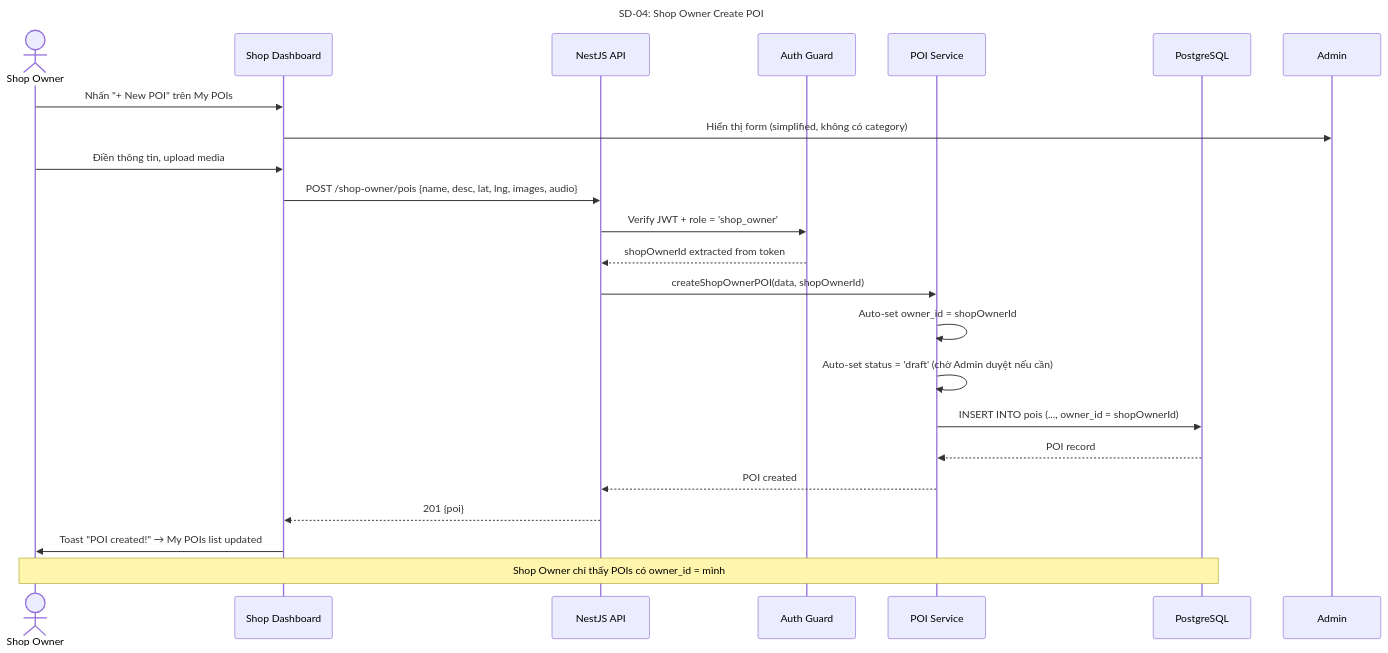
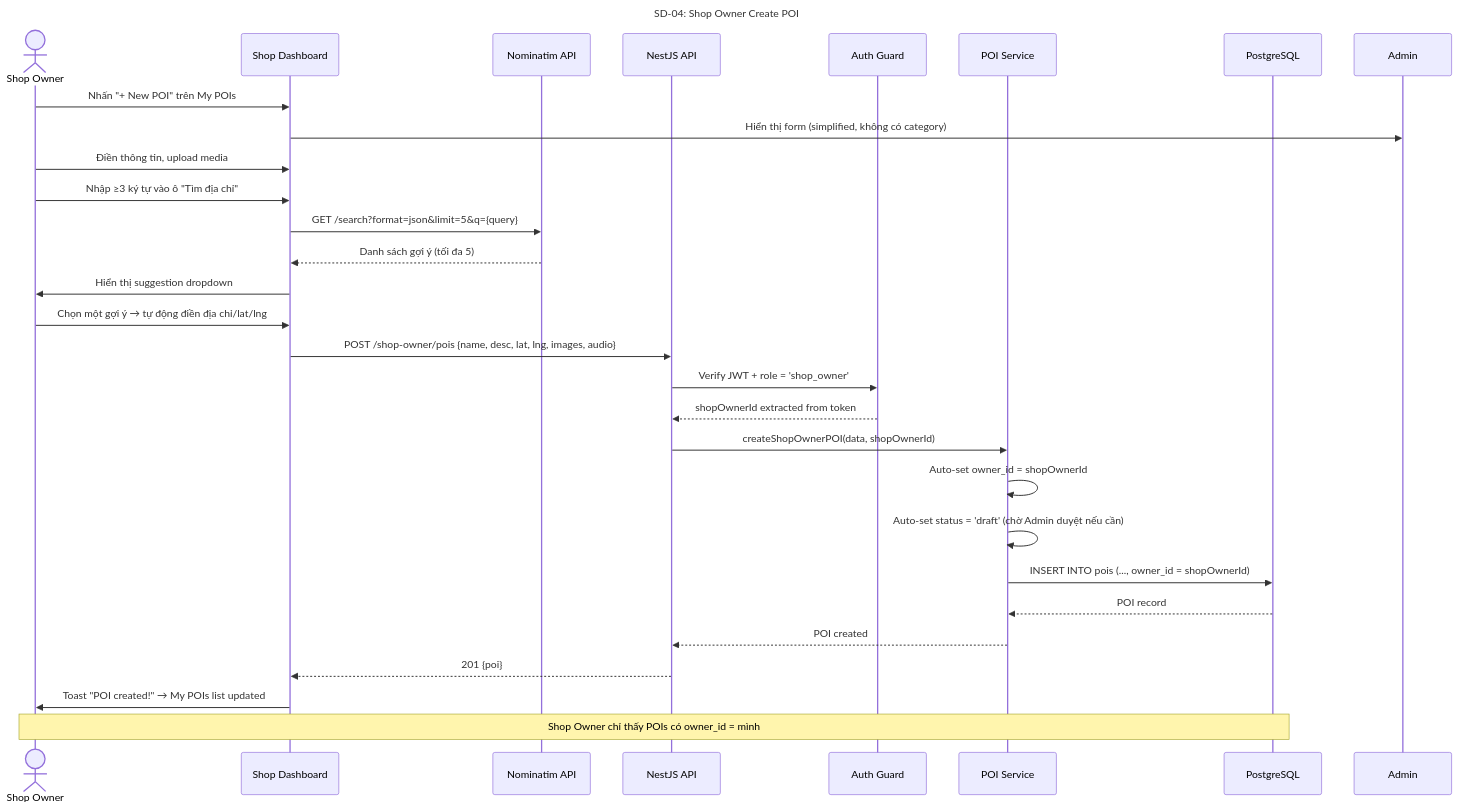
The fourth of 17 diagrams in docs/step3_prd/15_sequence_diagrams.md (Ttuandatt/Seminar), drawn with Mermaid before and after one commit. The commit also changed other lines of this file and 13 other files, not shown here.

Commit message:
docs(prd): update personas, user stories, requirements, diagrams to reflect latest features

````diff
--- a/docs/step3_prd/15_sequence_diagrams.md
+++ b/docs/step3_prd/15_sequence_diagrams.md
@@ -187,30 +193,36 @@
 ```mermaid
 sequenceDiagram
     title SD-04: Shop Owner Create POI
     actor SO as Shop Owner
     participant UI as Shop Dashboard
+    participant Geo as Nominatim API
     participant API as NestJS API
     participant Guard as Auth Guard
     participant POI as POI Service
     participant DB as PostgreSQL
 
     SO->>UI: Nhấn "+ New POI" trên My POIs
     UI->>Admin: Hiển thị form (simplified, không có category)
 
     SO->>UI: Điền thông tin, upload media
+    SO->>UI: Nhập ≥3 ký tự vào ô "Tìm địa chỉ"
+    UI->>Geo: GET /search?format=json&limit=5&q={query}
+    Geo-->>UI: Danh sách gợi ý (tối đa 5)
+    UI->>SO: Hiển thị suggestion dropdown
+    SO->>UI: Chọn một gợi ý → tự động điền địa chỉ/lat/lng
     UI->>API: POST /shop-owner/pois {name, desc, lat, lng, images, audio}
     
     API->>Guard: Verify JWT + role = 'shop_owner'
     Guard-->>API: shopOwnerId extracted from token
 
     API->>POI: createShopOwnerPOI(data, shopOwnerId)
     POI->>POI: Auto-set owner_id = shopOwnerId
     POI->>POI: Auto-set status = 'draft' (chờ Admin duyệt nếu cần)
     POI->>DB: INSERT INTO pois (..., owner_id = shopOwnerId)
     DB-->>POI: POI record
     POI-->>API: POI created
     API-->>UI: 201 {poi}
     UI->>SO: Toast "POI created!" → My POIs list updated
 
     Note over SO, DB: Shop Owner chỉ thấy POIs có owner_id = mình
 ```
````
